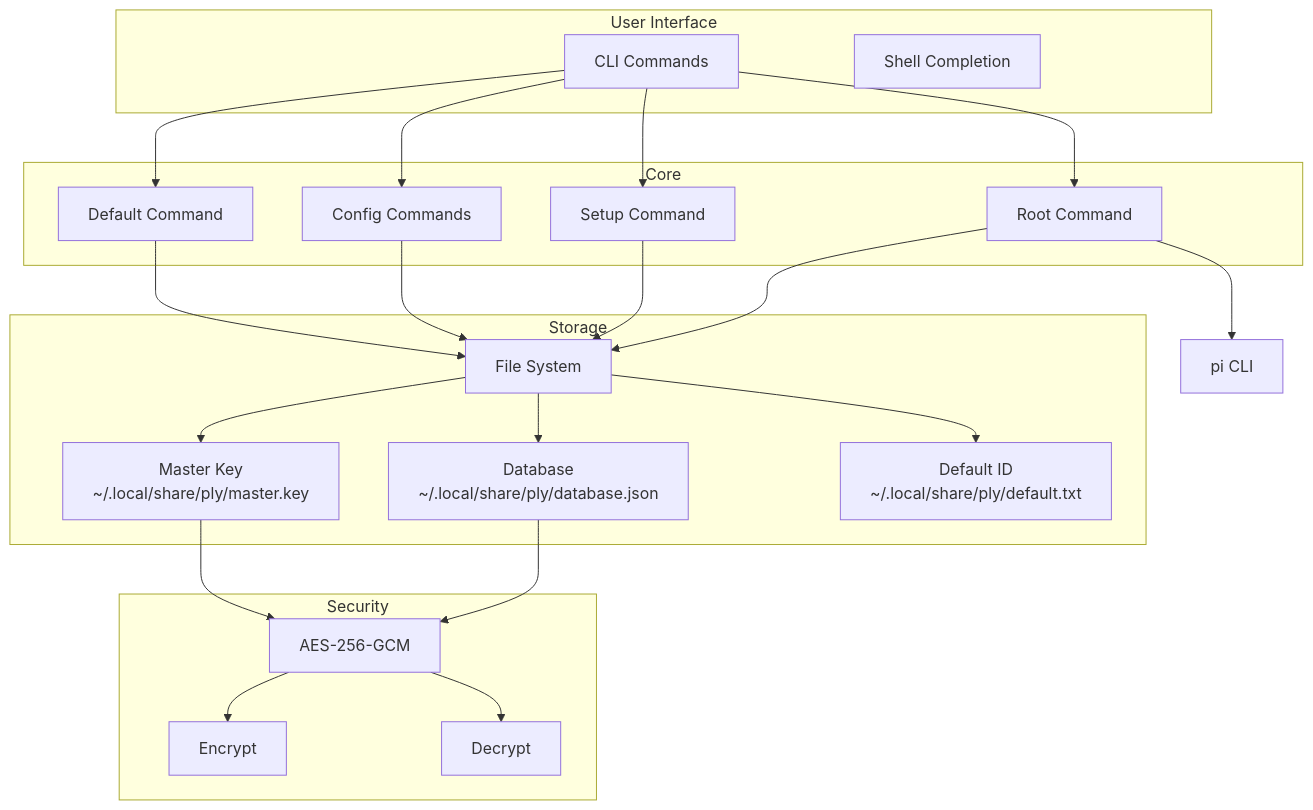
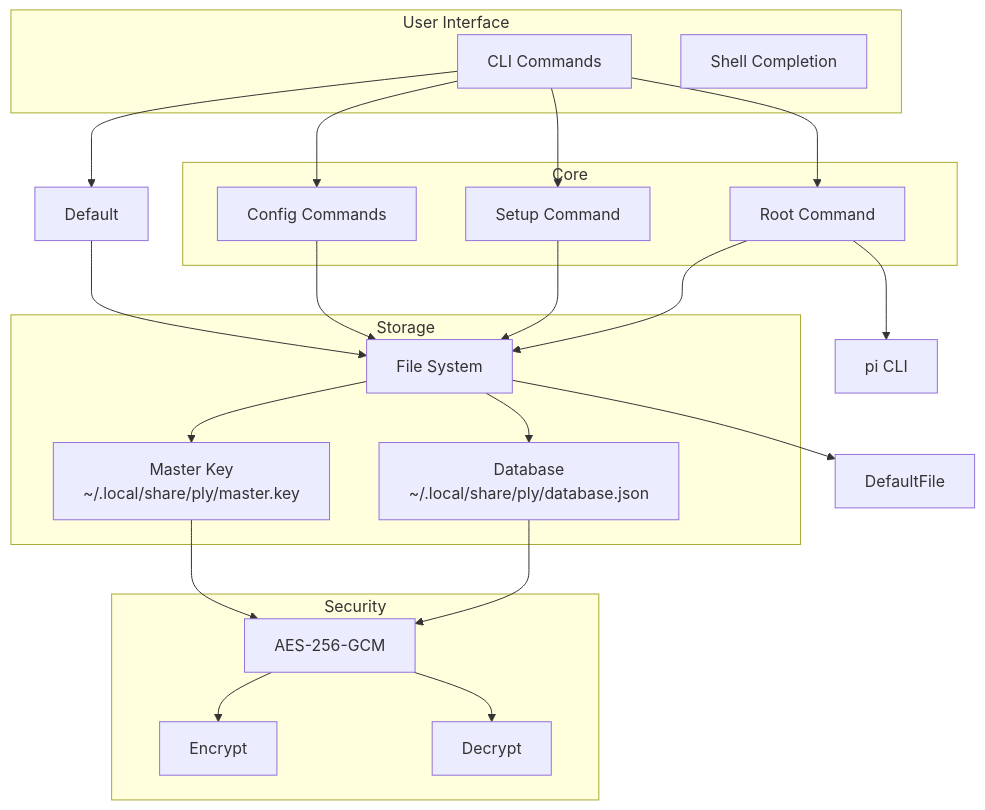
The first of 4 diagrams in docs/architecture.md (dkmnx/pyx), drawn with Mermaid before and after one commit. The commit also changed other lines of this file and 6 other files, not shown here.

````diff
--- a/docs/architecture.md
+++ b/docs/architecture.md
@@ -7,49 +7,47 @@
 ```mermaid
 graph TB
     subgraph User Interface
         CLI[CLI Commands]
         Shell[Shell Completion]
     end
 
     subgraph Core
         Root[Root Command]
         Setup[Setup Command]
         Config[Config Commands]
-        Default[Default Command]
     end
 
     subgraph Storage
         FS[File System]
         MasterKey[Master Key<br/>~/.local/share/ply/master.key]
         DB[Database<br/>~/.local/share/ply/database.json]
-        DefaultFile[Default ID<br/>~/.local/share/ply/default.txt]
     end
 
     subgraph Security
         Crypto[AES-256-GCM]
         Encrypt[Encrypt]
         Decrypt[Decrypt]
     end
 
     CLI --> Root
     CLI --> Setup
     CLI --> Config
     CLI --> Default
 
     Root --> FS
     Setup --> FS
     Config --> FS
     Default --> FS
 
     FS --> MasterKey
     FS --> DB
     FS --> DefaultFile
 
     DB --> Crypto
     MasterKey --> Crypto
 
     Crypto --> Encrypt
     Crypto --> Decrypt
 
     Root --> PI[pi CLI]
 ```
````
